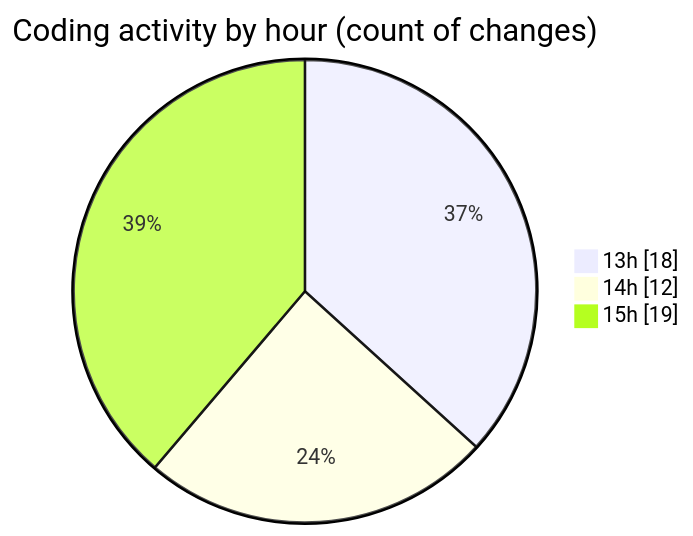
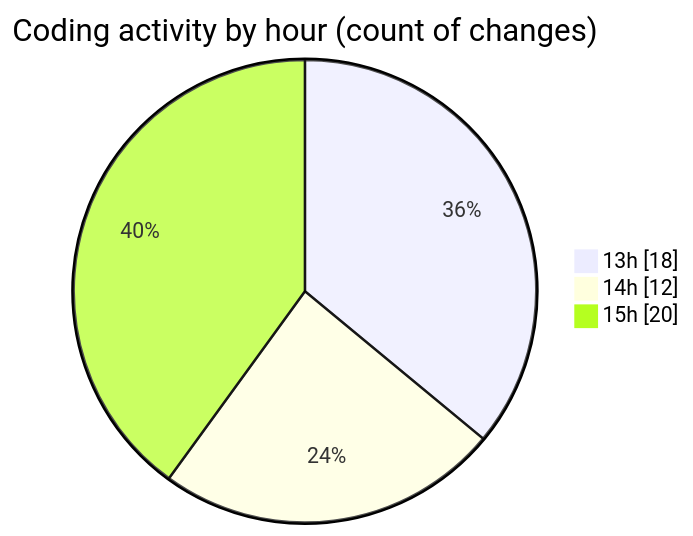
Before and after one commit to idhammustaqopulfikri/code-tracking: the second of 2 diagrams in 2025-06-16/studio-backend/README.md, drawn with Mermaid. The commit also changed other lines of this file and 1 other file, not shown here.

````diff
--- a/2025-06-16/studio-backend/README.md
+++ b/2025-06-16/studio-backend/README.md
@@ -37,7 +37,7 @@
 ```mermaid
 pie showData
 title Coding activity by hour (count of changes)
 "13h" : 18
 "14h" : 12
-"15h" : 19
+"15h" : 20
 ```
````
